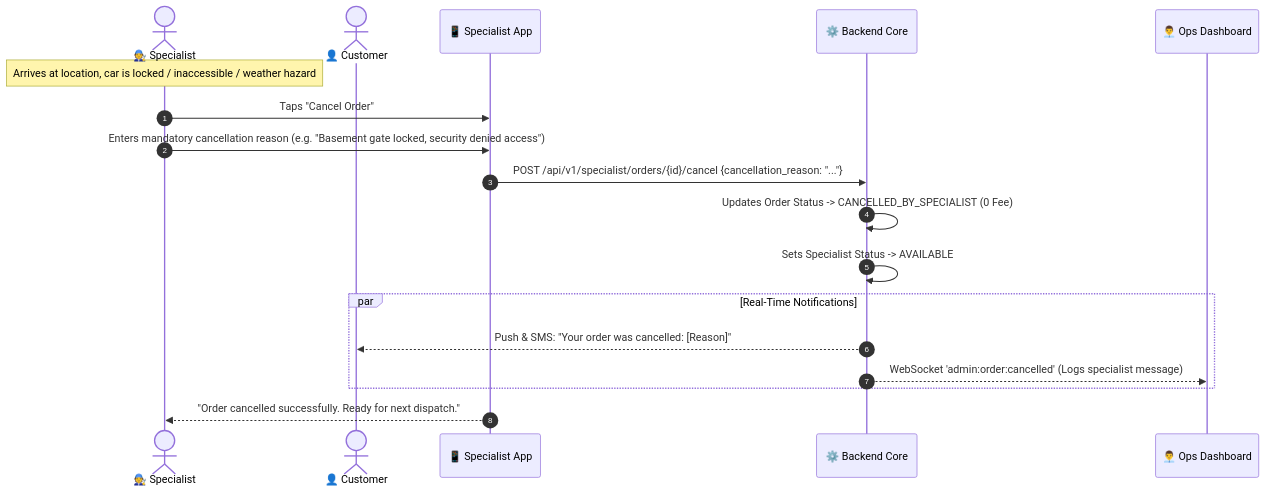
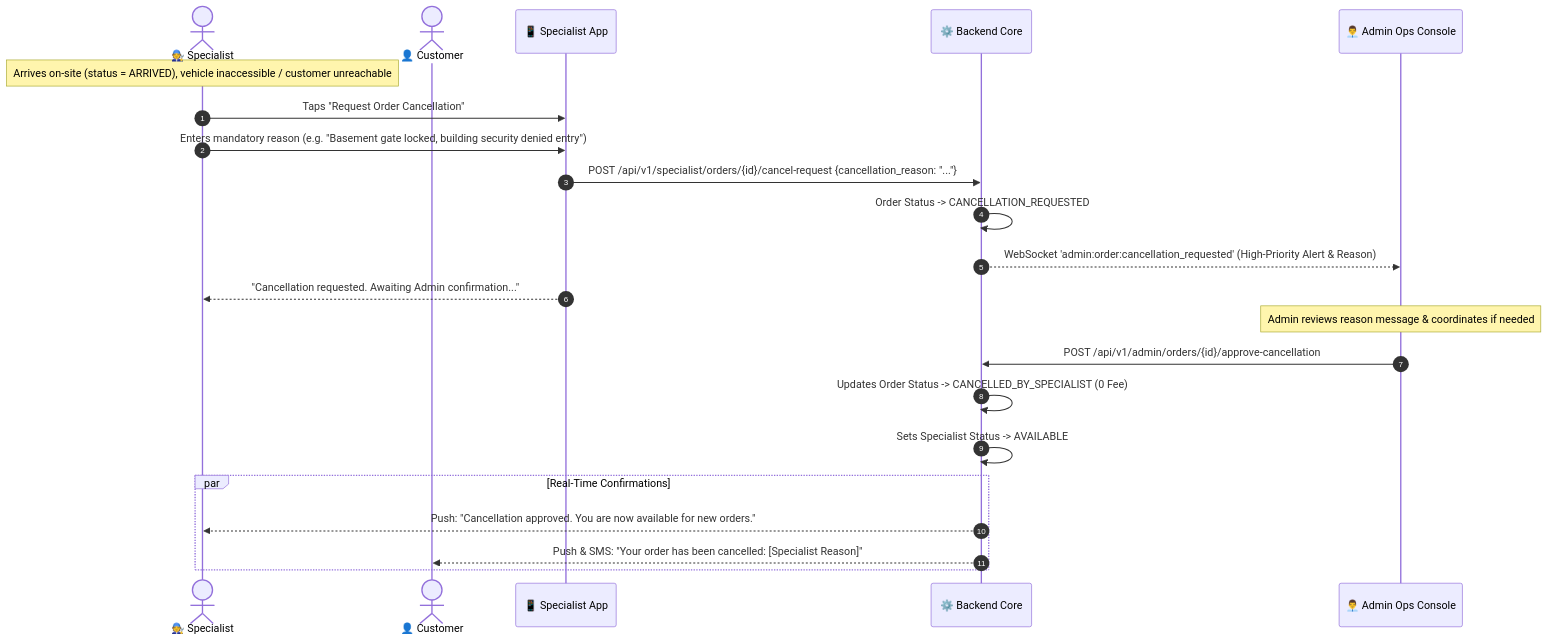
One commit to fsdevriver/800-doc changed the first of 2 diagrams in docs/business/exception-matrix.md. Above: the diagram before and after it, drawn with Mermaid. The commit also changed other lines of this file and 6 other files, not shown here.

Commit message:
feat: implement Admin cancellation approval workflow for on-site specialist requests

````diff
--- a/docs/business/exception-matrix.md
+++ b/docs/business/exception-matrix.md
@@ -26,24 +29,29 @@
 ```mermaid
 sequenceDiagram
     autonumber
     actor Spec as 🧑‍🔧 Specialist
     actor Cust as 👤 Customer
     participant App as 📱 Specialist App
     participant API as ⚙️ Backend Core
-    participant Ops as 👨‍💼 Ops Dashboard
+    participant Ops as 👨‍💼 Admin Ops Console
 
-    Note over Spec: Arrives at location, car is locked / inaccessible / weather hazard
-    Spec->>App: Taps "Cancel Order"
-    Spec->>App: Enters mandatory cancellation reason (e.g. "Basement gate locked, security denied access")
-    App->>API: POST /api/v1/specialist/orders/{id}/cancel {cancellation_reason: "..."}
+    Note over Spec: Arrives on-site (status = ARRIVED), vehicle inaccessible / customer unreachable
+    Spec->>App: Taps "Request Order Cancellation"
+    Spec->>App: Enters mandatory reason (e.g. "Basement gate locked, building security denied entry")
+    App->>API: POST /api/v1/specialist/orders/{id}/cancel-request {cancellation_reason: "..."}
+    
+    API->>API: Order Status -> CANCELLATION_REQUESTED
+    API-->>Ops: WebSocket 'admin:order:cancellation_requested' (High-Priority Alert & Reason)
+    App-->>Spec: "Cancellation requested. Awaiting Admin confirmation..."
+    
+    Note over Ops: Admin reviews reason message & coordinates if needed
+    Ops->>API: POST /api/v1/admin/orders/{id}/approve-cancellation
     
     API->>API: Updates Order Status -> CANCELLED_BY_SPECIALIST (0 Fee)
     API->>API: Sets Specialist Status -> AVAILABLE
     
-    par Real-Time Notifications
-        API-->>Cust: Push & SMS: "Your order was cancelled: [Reason]"
-        API-->>Ops: WebSocket 'admin:order:cancelled' (Logs specialist message)
+    par Real-Time Confirmations
+        API-->>Spec: Push: "Cancellation approved. You are now available for new orders."
+        API-->>Cust: Push & SMS: "Your order has been cancelled: [Specialist Reason]"
     end
-    
-    App-->>Spec: "Order cancelled successfully. Ready for next dispatch."
 ```
````
